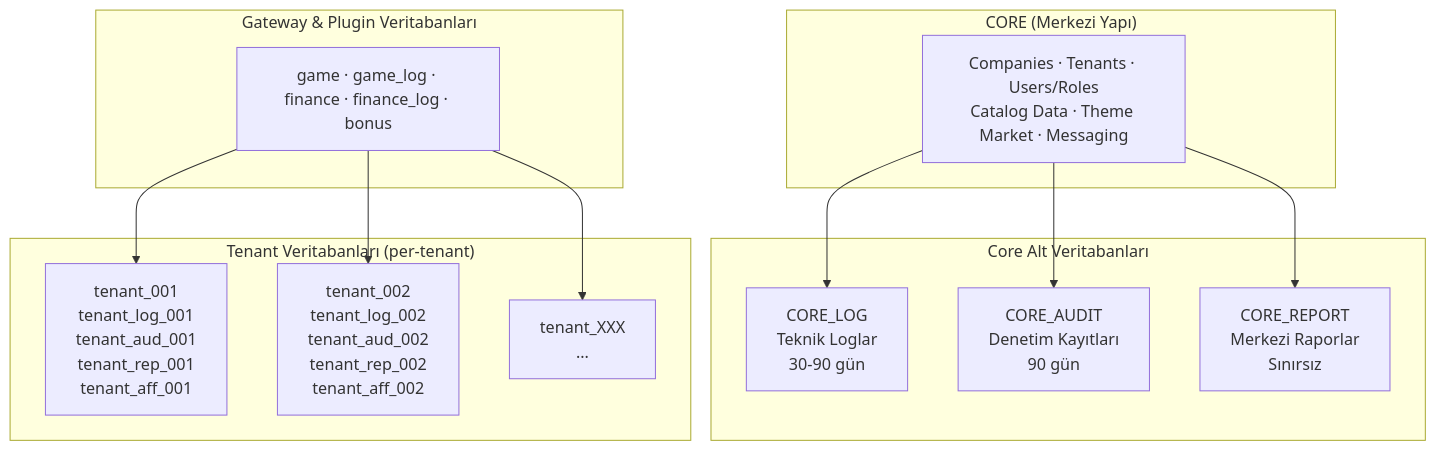
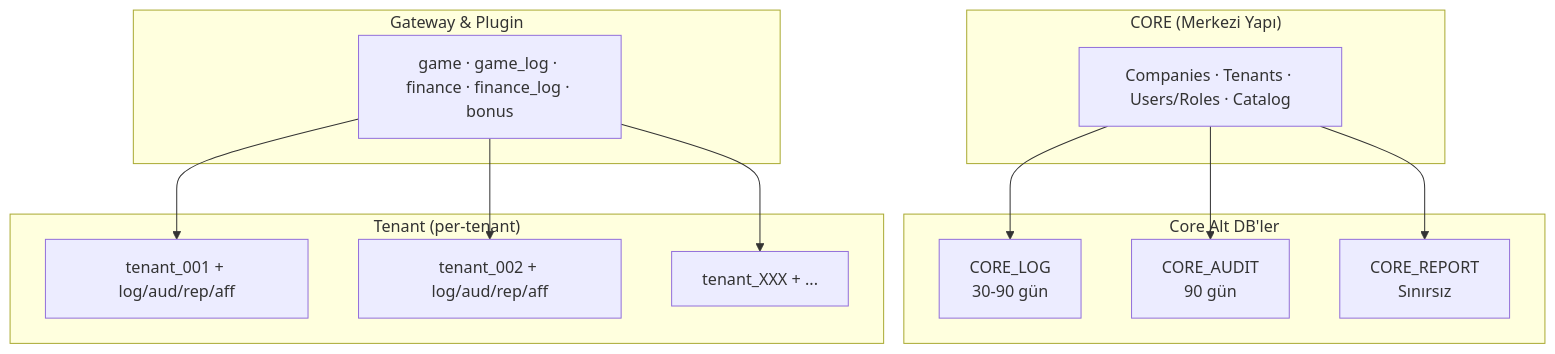
The second of 5 diagrams in .docs/reference/PROJECT_OVERVIEW.md (frhtshn/One.DB), drawn with Mermaid before and after one commit. The commit also changed other lines of this file and 6 other files, not shown here.

Commit message:
docs: Update flowchart formatting for improved readability in multiple guides

````diff
--- a/.docs/reference/PROJECT_OVERVIEW.md
+++ b/.docs/reference/PROJECT_OVERVIEW.md
@@ -77,25 +77,25 @@
 ```mermaid
 flowchart TD
     subgraph core["CORE (Merkezi Yapı)"]
-        C["Companies · Tenants · Users/Roles\nCatalog Data · Theme Market · Messaging"]
+        C["Companies · Tenants · Users/Roles · Catalog"]
     end
-    subgraph core_subs["Core Alt Veritabanları"]
-        CL["CORE_LOG\nTeknik Loglar\n30-90 gün"]
-        CA["CORE_AUDIT\nDenetim Kayıtları\n90 gün"]
-        CR["CORE_REPORT\nMerkezi Raporlar\nSınırsız"]
+    subgraph core_subs["Core Alt DB'ler"]
+        CL["CORE_LOG<br/>30-90 gün"]
+        CA["CORE_AUDIT<br/>90 gün"]
+        CR["CORE_REPORT<br/>Sınırsız"]
     end
-    subgraph gw["Gateway & Plugin Veritabanları"]
+    subgraph gw["Gateway & Plugin"]
         GW["game · game_log · finance · finance_log · bonus"]
     end
-    subgraph tenants["Tenant Veritabanları (per-tenant)"]
-        T1["tenant_001\ntenant_log_001\ntenant_aud_001\ntenant_rep_001\ntenant_aff_001"]
-        T2["tenant_002\ntenant_log_002\ntenant_aud_002\ntenant_rep_002\ntenant_aff_002"]
-        TX["tenant_XXX\n..."]
+    subgraph tenants["Tenant (per-tenant)"]
+        T1["tenant_001 + log/aud/rep/aff"]
+        T2["tenant_002 + log/aud/rep/aff"]
+        TX["tenant_XXX + ..."]
     end
     C --> CL
     C --> CA
     C --> CR
     GW --> T1
     GW --> T2
     GW --> TX
 ```
````
